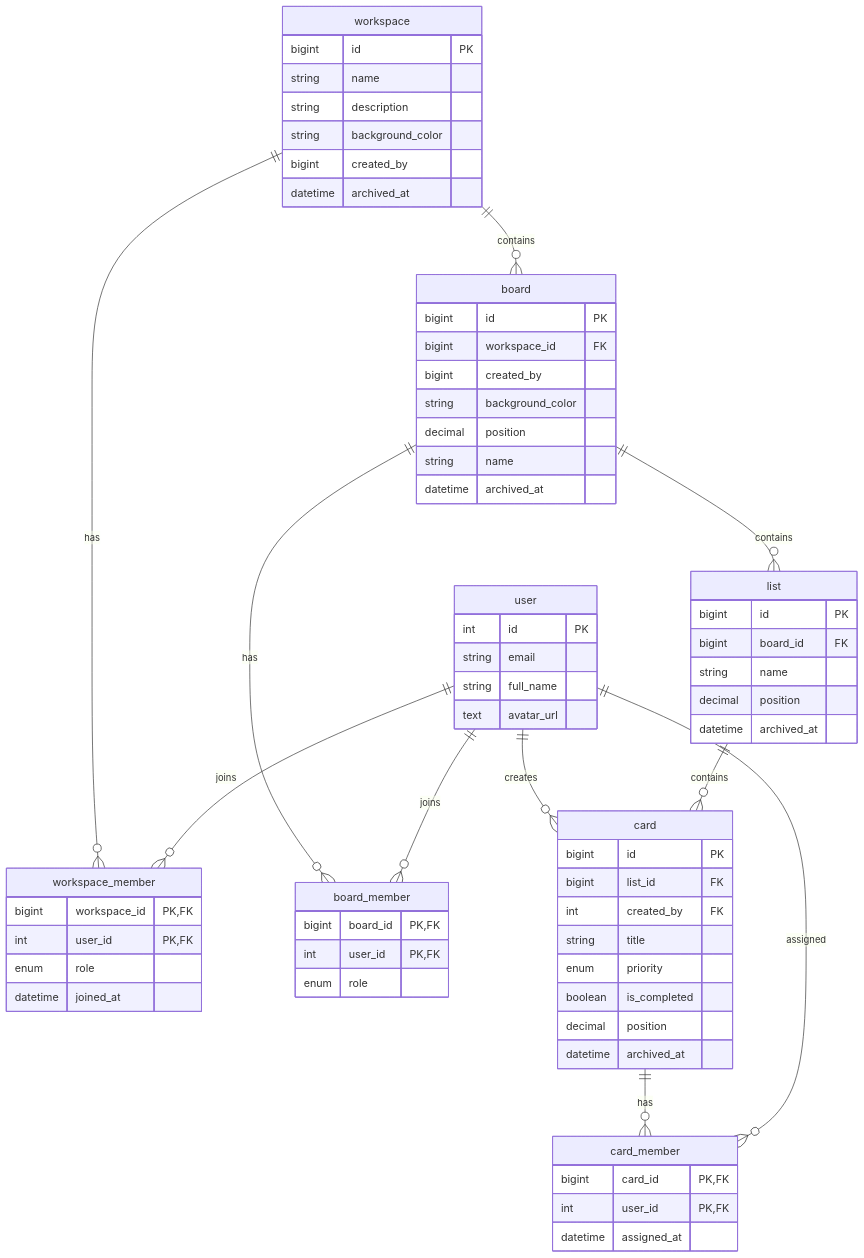
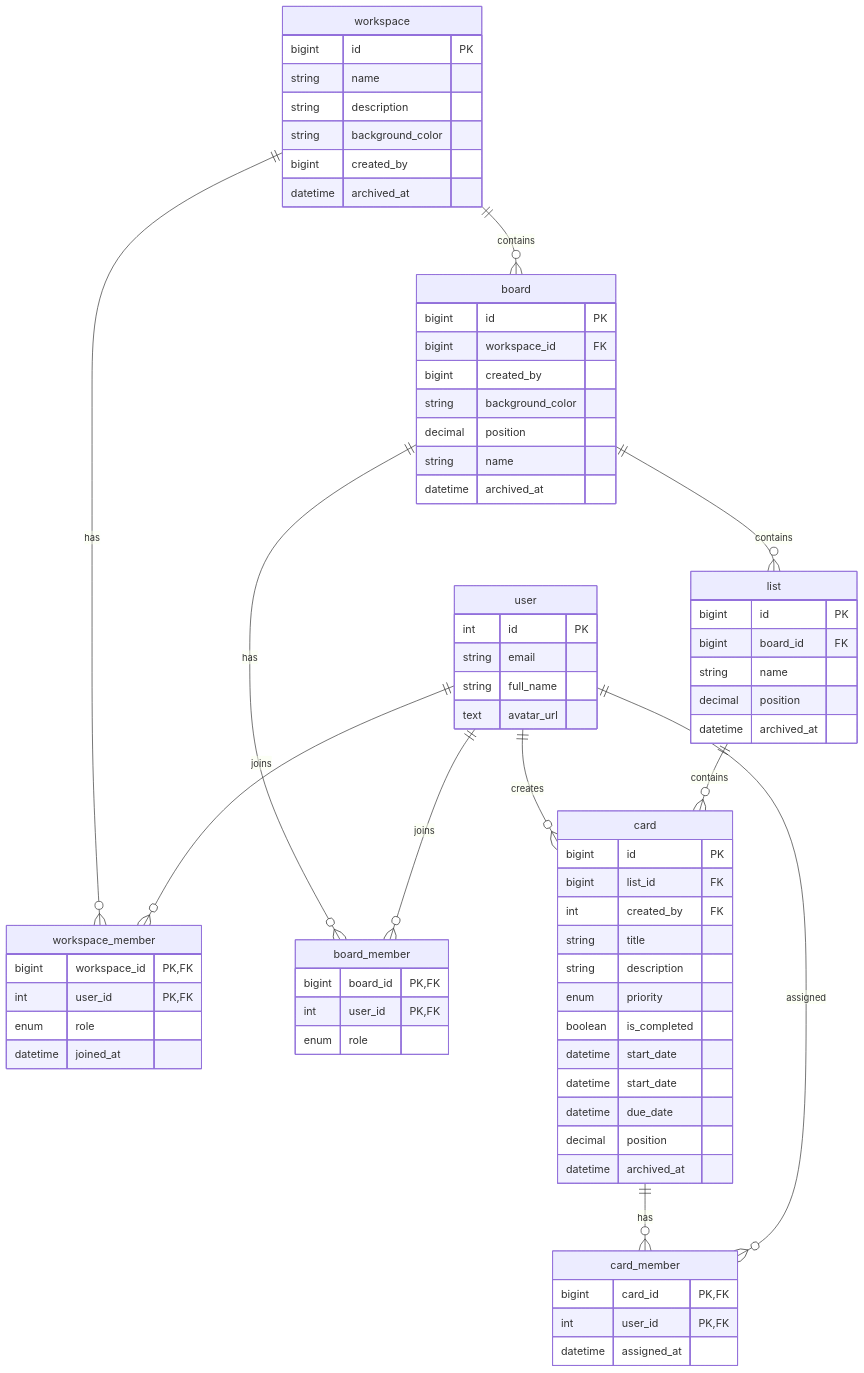
Before and after one commit to Thoai1503/TrelloClone: the diagram in docs/architecture/data-model.md, drawn with Mermaid. The commit also changed 15 other files, not shown here.

First line of the commit message:
feat(card): add start_date field to card model and update related components

````diff
--- a/docs/architecture/data-model.md
+++ b/docs/architecture/data-model.md
@@ -5,70 +5,74 @@
 ```mermaid
 erDiagram
     user ||--o{ workspace_member : joins
     workspace ||--o{ workspace_member : has
     workspace ||--o{ board : contains
     user ||--o{ board_member : joins
     board ||--o{ board_member : has
     board ||--o{ list : contains
     list ||--o{ card : contains
     user ||--o{ card : creates
     user ||--o{ card_member : assigned
     card ||--o{ card_member : has
 
     user {
         int id PK
         string email
         string full_name
         text avatar_url
     }
     workspace {
         bigint id PK
         string name
         string description
         string background_color
         bigint created_by
         datetime archived_at
     }
     workspace_member {
         bigint workspace_id PK, FK
         int user_id PK, FK
         enum role
         datetime joined_at
     }
     board {
         bigint id PK
         bigint workspace_id FK
         bigint created_by
         string background_color
         decimal position
         string name
         datetime archived_at
     }
     board_member {
         bigint board_id PK, FK
         int user_id PK, FK
         enum role
     }
     list {
         bigint id PK
         bigint board_id FK
         string name
         decimal position
         datetime archived_at
     }
     card {
         bigint id PK
         bigint list_id FK
         int created_by FK
         string title
+        string description
         enum priority
         boolean is_completed
+        datetime start_date
+        datetime start_date
+        datetime due_date
         decimal position
         datetime archived_at
     }
     card_member {
         bigint card_id PK, FK
         int user_id PK, FK
         datetime assigned_at
     }
 ```
````
